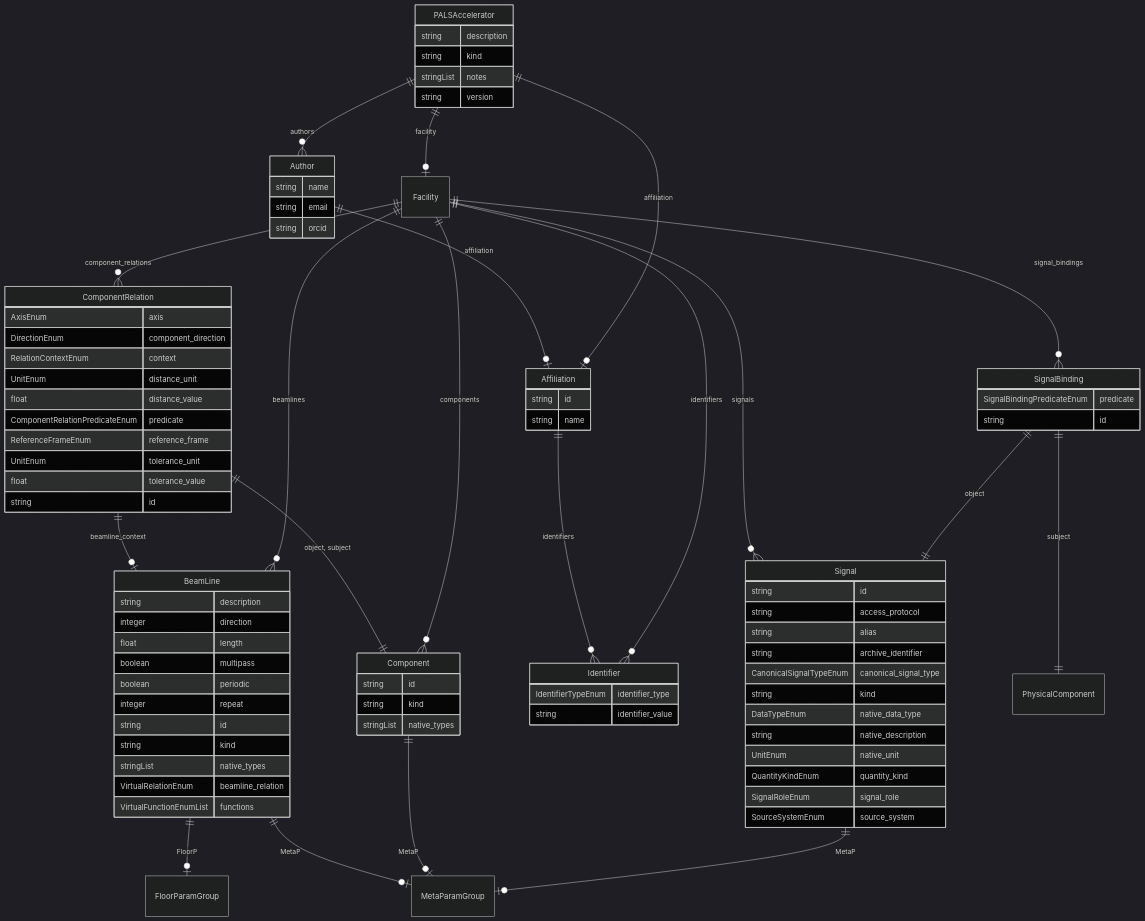
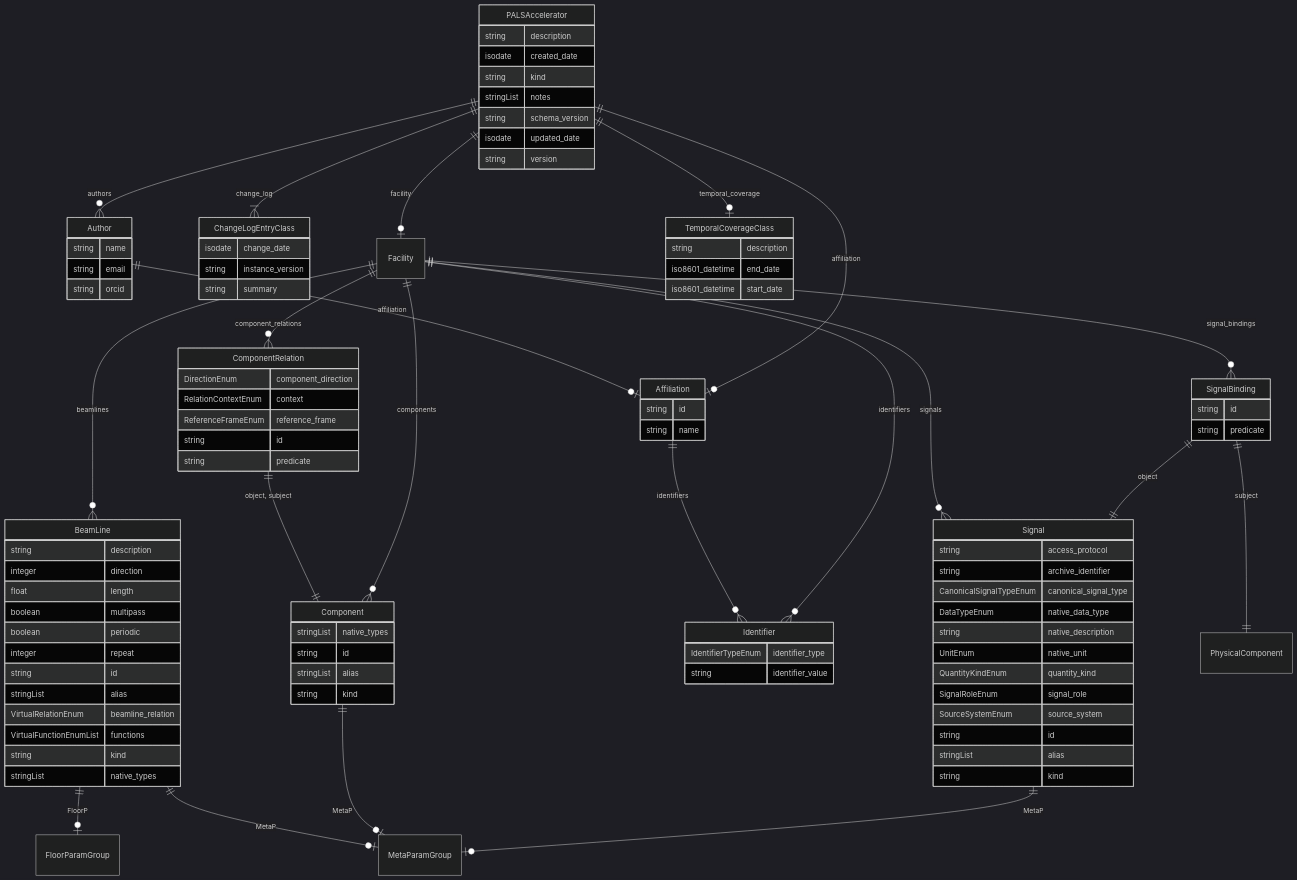
The diagram in docs/elements/classes/PALSAccelerator.md (pals-project/pals-facility-config), drawn with Mermaid (dark theme) before and after one commit. The commit also changed other lines of this file and 499 other files, not shown here.

```diff
--- a/docs/elements/classes/PALSAccelerator.md
+++ b/docs/elements/classes/PALSAccelerator.md
@@ -31,27 +31,29 @@
     boolean periodic  
     integer repeat  
     string id  
-    string kind  
-    stringList native_types  
+    stringList alias  
     VirtualRelationEnum beamline_relation  
     VirtualFunctionEnumList functions  
-}
-Component {
-    string id  
     string kind  
     stringList native_types  
 }
+ChangeLogEntryClass {
+    isodate change_date  
+    string instance_version  
+    string summary  
+}
+Component {
+    stringList native_types  
+    string id  
+    stringList alias  
+    string kind  
+}
 ComponentRelation {
-    AxisEnum axis  
     DirectionEnum component_direction  
     RelationContextEnum context  
-    UnitEnum distance_unit  
-    float distance_value  
-    ComponentRelationPredicateEnum predicate  
     ReferenceFrameEnum reference_frame  
-    UnitEnum tolerance_unit  
-    float tolerance_value  
     string id  
+    string predicate  
 }
 Facility {
 
@@ -62,27 +64,35 @@
 }
 PALSAccelerator {
     string description  
+    isodate created_date  
     string kind  
     stringList notes  
+    string schema_version  
+    isodate updated_date  
     string version  
 }
 Signal {
-    string id  
     string access_protocol  
-    string alias  
     string archive_identifier  
     CanonicalSignalTypeEnum canonical_signal_type  
-    string kind  
     DataTypeEnum native_data_type  
     string native_description  
     UnitEnum native_unit  
     QuantityKindEnum quantity_kind  
     SignalRoleEnum signal_role  
     SourceSystemEnum source_system  
+    string id  
+    stringList alias  
+    string kind  
 }
 SignalBinding {
-    SignalBindingPredicateEnum predicate  
     string id  
+    string predicate  
+}
+TemporalCoverageClass {
+    string description  
+    iso8601_datetime end_date  
+    iso8601_datetime start_date  
 }
 
 Affiliation ||--}o Identifier : "identifiers"
@@ -90,7 +100,6 @@
 BeamLine ||--|o FloorParamGroup : "FloorP"
 BeamLine ||--|o MetaParamGroup : "MetaP"
 Component ||--|o MetaParamGroup : "MetaP"
-ComponentRelation ||--|o BeamLine : "beamline_context"
 ComponentRelation ||--|| Component : "object, subject"
 Facility ||--}o BeamLine : "beamlines"
 Facility ||--}o Component : "components"
@@ -100,7 +109,9 @@
 Facility ||--}o SignalBinding : "signal_bindings"
 PALSAccelerator ||--|o Affiliation : "affiliation"
 PALSAccelerator ||--|o Facility : "facility"
+PALSAccelerator ||--|o TemporalCoverageClass : "temporal_coverage"
 PALSAccelerator ||--}o Author : "authors"
+PALSAccelerator ||--}| ChangeLogEntryClass : "change_log"
 Signal ||--|o MetaParamGroup : "MetaP"
 SignalBinding ||--|| PhysicalComponent : "subject"
 SignalBinding ||--|| Signal : "object"
```
